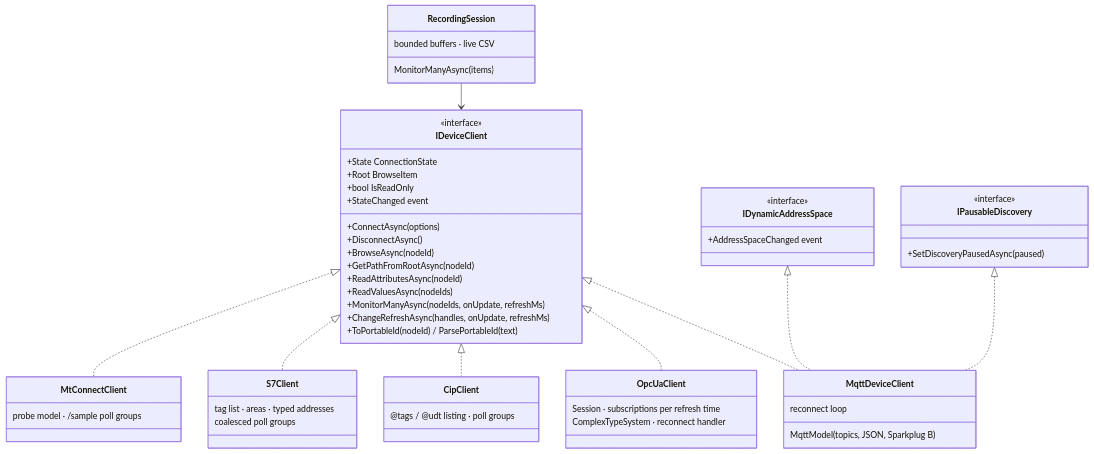
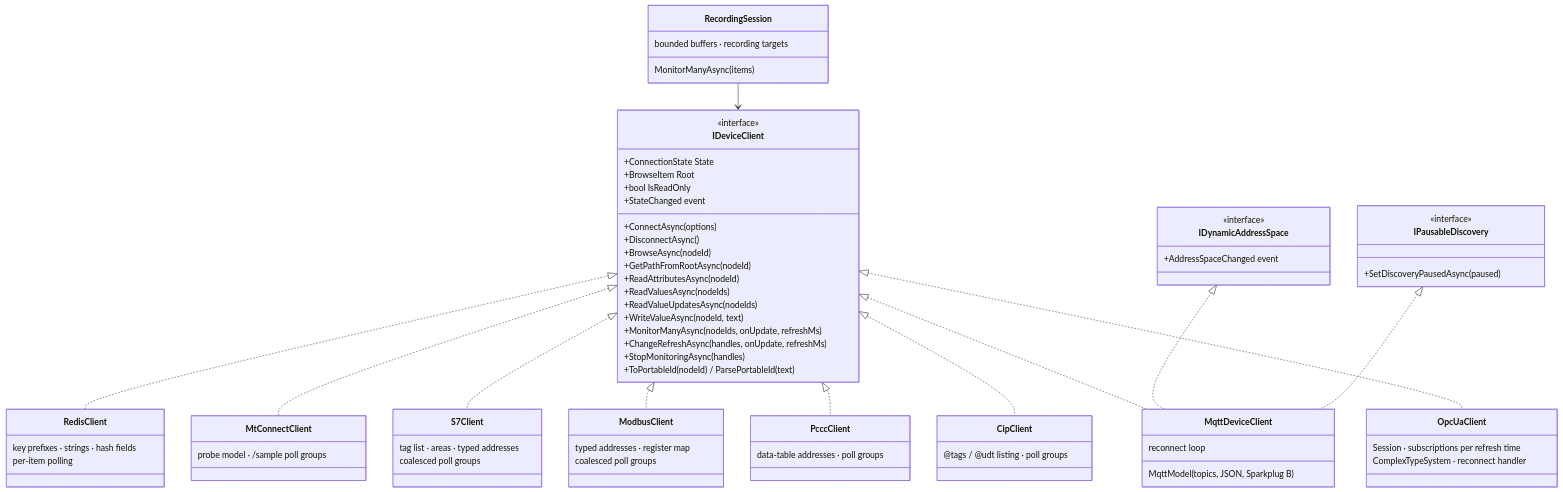
One commit to ZaoralJ/MachineDataBrowser changed the second of 5 diagrams in docs/architecture.md. Above: the diagram before and after it, drawn with Mermaid. The commit also changed other lines of this file and 14 other files, not shown here.

````diff
--- a/docs/architecture.md
+++ b/docs/architecture.md
@@ -140,57 +142,74 @@
 ```mermaid
 classDiagram
     class IDeviceClient {
         <<interface>>
-        +State ConnectionState
-        +Root BrowseItem
+        +ConnectionState State
+        +BrowseItem Root
         +ConnectAsync(options)
         +DisconnectAsync()
         +BrowseAsync(nodeId)
         +GetPathFromRootAsync(nodeId)
-         +ReadAttributesAsync(nodeId)
-         +ReadValuesAsync(nodeIds)
-         +bool IsReadOnly
-         +MonitorManyAsync(nodeIds, onUpdate, refreshMs)
+        +ReadAttributesAsync(nodeId)
+        +ReadValuesAsync(nodeIds)
+        +ReadValueUpdatesAsync(nodeIds)
+        +WriteValueAsync(nodeId, text)
+        +bool IsReadOnly
+        +MonitorManyAsync(nodeIds, onUpdate, refreshMs)
         +ChangeRefreshAsync(handles, onUpdate, refreshMs)
+        +StopMonitoringAsync(handles)
         +ToPortableId(nodeId) / ParsePortableId(text)
         +StateChanged event
     }
     class IDynamicAddressSpace {
         <<interface>>
         +AddressSpaceChanged event
     }
     class IPausableDiscovery {
         <<interface>>
         +SetDiscoveryPausedAsync(paused)
     }
     class OpcUaClient {
         Session · subscriptions per refresh time
         ComplexTypeSystem · reconnect handler
     }
     class CipClient {
         @tags / @udt listing · poll groups
     }
+    class PcccClient {
+        data-table addresses · poll groups
+    }
+    class ModbusClient {
+        typed addresses · register map
+        coalesced poll groups
+    }
     class MqttDeviceClient {
         MqttModel (topics, JSON, Sparkplug B)
         reconnect loop
     }
     class S7Client {
         tag list · areas · typed addresses
         coalesced poll groups
     }
     IDeviceClient <|.. OpcUaClient
     IDeviceClient <|.. CipClient
+    IDeviceClient <|.. PcccClient
+    IDeviceClient <|.. ModbusClient
     IDeviceClient <|.. MqttDeviceClient
     IDeviceClient <|.. S7Client
     class MtConnectClient {
         probe model · /sample poll groups
     }
     IDeviceClient <|.. MtConnectClient
+    class RedisClient {
+        key prefixes · strings · hash fields
+        per-item polling
+    }
+    IDeviceClient <|.. RedisClient
     IDynamicAddressSpace <|.. MqttDeviceClient
     IPausableDiscovery <|.. MqttDeviceClient
     class RecordingSession {
         MonitorManyAsync(items)
-        bounded buffers · live CSV
+        bounded buffers · recording targets
     }
     RecordingSession --> IDeviceClient
 ```
````
